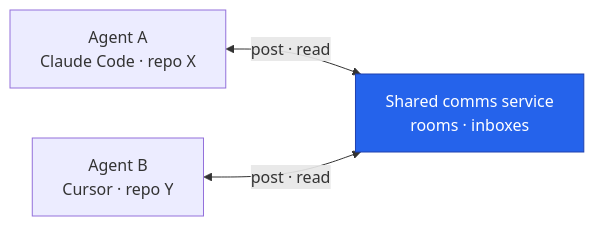
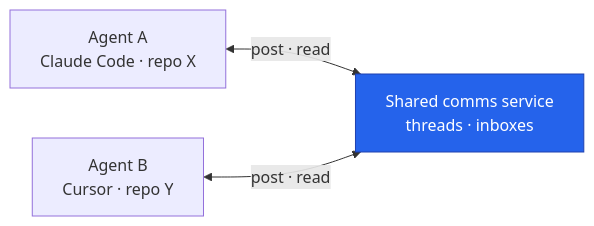
One commit to Goldziher/basemind changed the second of 2 diagrams in README.md. Above: the diagram before and after it, drawn with Mermaid. The commit also changed other lines of this file and 1 other file, not shown here.

First line of the commit message:
docs: document v0.22.0 daemon, global cache, and thread comms

````diff
--- a/README.md
+++ b/README.md
@@ -418,10 +444,10 @@
 ```mermaid
 flowchart LR
   A["Agent A<br/>Claude Code · repo X"]
   B["Agent B<br/>Cursor · repo Y"]
-  BR["Shared comms service<br/>rooms · inboxes"]
+  BR["Shared comms service<br/>threads · inboxes"]
   A <-->|post · read| BR
   B <-->|post · read| BR
   classDef accent fill:#2563eb,stroke:#1e40af,color:#fff
   class BR accent
 ```
````
